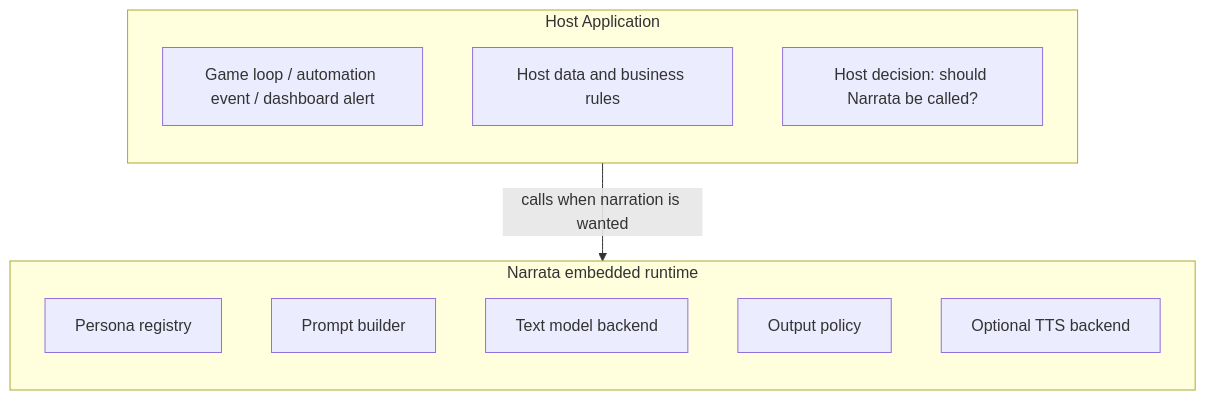
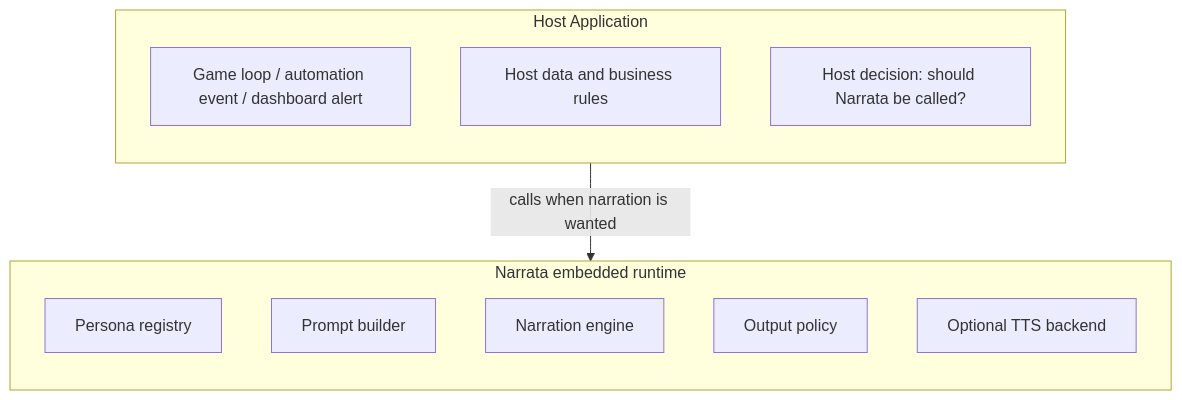
The first of 3 diagrams in docs/architecture.md (danielriddell21/narrata), drawn with Mermaid before and after one commit. The commit also changed other lines of this file and 52 other files, not shown here.

````diff
--- a/docs/architecture.md
+++ b/docs/architecture.md
@@ -11,20 +11,20 @@
 ```mermaid
 flowchart TD
     subgraph Host["Host Application"]
         direction TB
         A[Game loop / automation event / dashboard alert]
         B[Host data and business rules]
         C[Host decision: should Narrata be called?]
     end
 
     subgraph Narrata["Narrata embedded runtime"]
         direction TB
         R[Persona registry]
         P[Prompt builder]
-        T[Text model backend]
+        T[Narration engine]
         O[Output policy]
         S[Optional TTS backend]
     end
 
     C -->|calls when narration is wanted| Narrata
 ```
````
